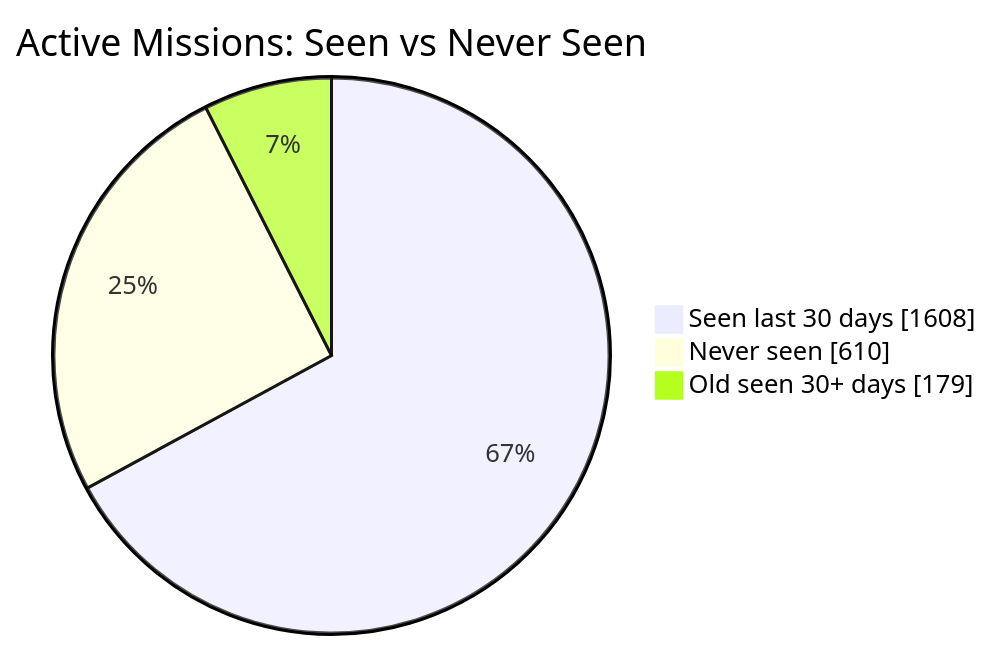
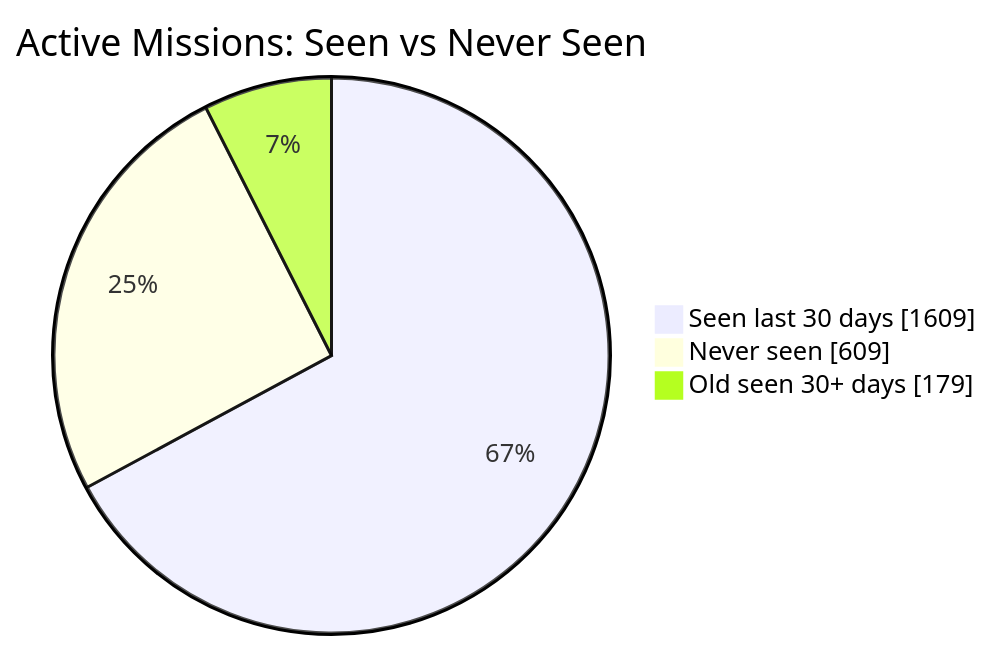
The first of 2 diagrams in README.md (MeldkamerspelGameTeam/active-missions), drawn with Mermaid before and after one commit. The commit also changed other lines of this file and 2 other files, not shown here.

````diff
--- a/README.md
+++ b/README.md
@@ -34,7 +34,7 @@
 ```mermaid
 pie showData
     title Active Missions: Seen vs Never Seen
-    "Seen last 30 days" : 1608
-    "Never seen" : 610
+    "Seen last 30 days" : 1609
+    "Never seen" : 609
     "Old seen 30+ days" : 179
 ```
````
